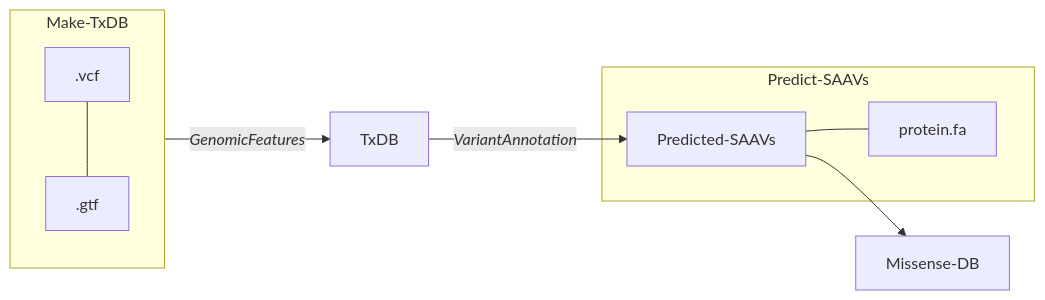
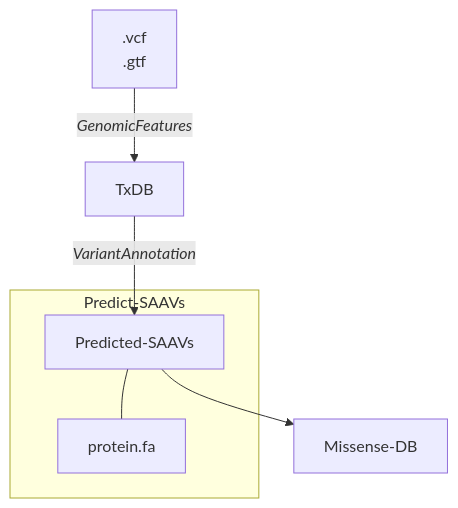
The diagram in README.md (hdesai17/chemoproteogenomics), drawn with Mermaid before and after one commit.

````diff
--- a/README.md
+++ b/README.md
@@ -19,13 +19,12 @@
 ```mermaid
 
-flowchart LR;
-   subgraph Make-TxDB
-   .vcf---.gtf
-   end
-   Make-TxDB-->|<i>GenomicFeatures<i>|TxDB
+flowchart TB;
+   newLines[.vcf
+   .gtf]
+   newLines-->|<i>GenomicFeatures<i>|TxDB
    TxDB-->|<i>VariantAnnotation<i>|Predicted-SAAVs
    subgraph Predict-SAAVs
    Predicted-SAAVs---protein.fa
    end
    Predicted-SAAVs-->Missense-DB;
 ```
````
